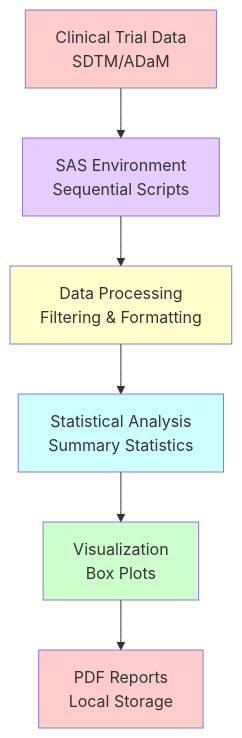
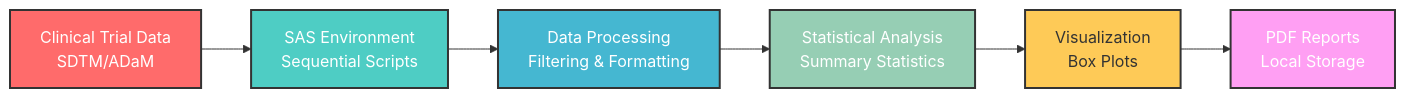
One commit to taylor-curran/SAS changed the first of 2 diagrams in README.md. Above: the diagram before and after it, drawn with Mermaid. The commit also changed other lines of this file, not shown here.

Commit message:
Update mermaid diagrams to use left-to-right layout and improve dark mode visibility
- Changed flowchart direction from TD (top-down) to LR (left-right) for better readability
- Added dark-mode friendly colors with better contrast and white text on colored backgrounds
- Added stroke borders and consistent styling for improved visibility in GitHub dark theme
- Maintained simplified high-level conceptual flow structure

````diff
--- a/README.md
+++ b/README.md
@@ -13,15 +13,15 @@
 ```mermaid
-flowchart TD
+flowchart LR
     A[Clinical Trial Data<br/>SDTM/ADaM] --> B[SAS Environment<br/>Sequential Scripts]
     B --> C[Data Processing<br/>Filtering & Formatting]
     C --> D[Statistical Analysis<br/>Summary Statistics]
     D --> E[Visualization<br/>Box Plots]
     E --> F[PDF Reports<br/>Local Storage]
     
-    style A fill:#ffcccc
-    style B fill:#e6ccff
-    style C fill:#ffffcc
-    style D fill:#ccffff
-    style E fill:#ccffcc
-    style F fill:#ffcccc
+    style A fill:#ff6b6b,stroke:#333,stroke-width:2px,color:#fff
+    style B fill:#4ecdc4,stroke:#333,stroke-width:2px,color:#fff
+    style C fill:#45b7d1,stroke:#333,stroke-width:2px,color:#fff
+    style D fill:#96ceb4,stroke:#333,stroke-width:2px,color:#fff
+    style E fill:#feca57,stroke:#333,stroke-width:2px,color:#333
+    style F fill:#ff9ff3,stroke:#333,stroke-width:2px,color:#fff
 ```
````
